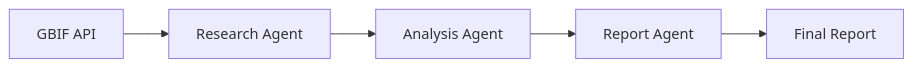
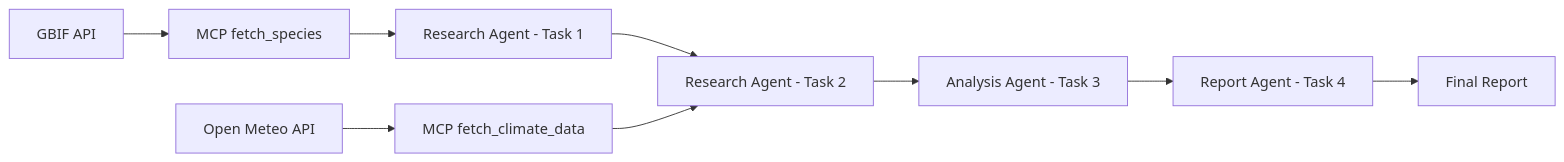
The diagram in .kiro/specs/wildlife-insight-agent/design.md (was-abi/wildlife_insight_agent), drawn with Mermaid before and after one commit. The commit also changed other lines of this file and 19 other files, not shown here.

````diff
--- a/.kiro/specs/wildlife-insight-agent/design.md
+++ b/.kiro/specs/wildlife-insight-agent/design.md
@@ -11,7 +11,11 @@
 ```mermaid
 graph LR
-    A[Research Agent] --> B[Analysis Agent]
-    B --> C[Report Agent]
-    D[GBIF API] --> A
-    C --> E[Final Report]
+    A[Research Agent - Task 1] --> B[Research Agent - Task 2]
+    B --> C[Analysis Agent - Task 3]
+    C --> D[Report Agent - Task 4]
+    E[MCP fetch_species] --> A
+    F[MCP fetch_climate_data] --> B
+    G[GBIF API] --> E
+    H[Open Meteo API] --> F
+    D --> I[Final Report]
 ```
````
